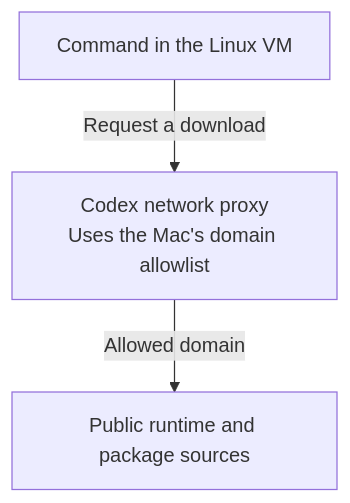
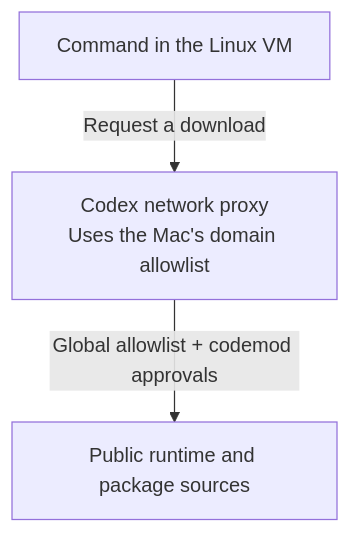
The fourth of 5 diagrams in docs/sandbox.md (minimumeffort-dev/sprowt.harness), drawn with Mermaid before and after one commit. The commit also changed other lines of this file and 15 other files, not shown here.

````diff
--- a/docs/sandbox.md
+++ b/docs/sandbox.md
@@ -109,8 +109,8 @@
 ```mermaid
 flowchart TB
     command["Command in the Linux VM"]
     proxy["Codex network proxy<br/>Uses the Mac's domain allowlist"]
     packages["Public runtime and package sources"]
     command -->|"Request a download"| proxy
-    proxy -->|"Allowed domain"| packages
+    proxy -->|"Global allowlist + codemod approvals"| packages
 ```
````
